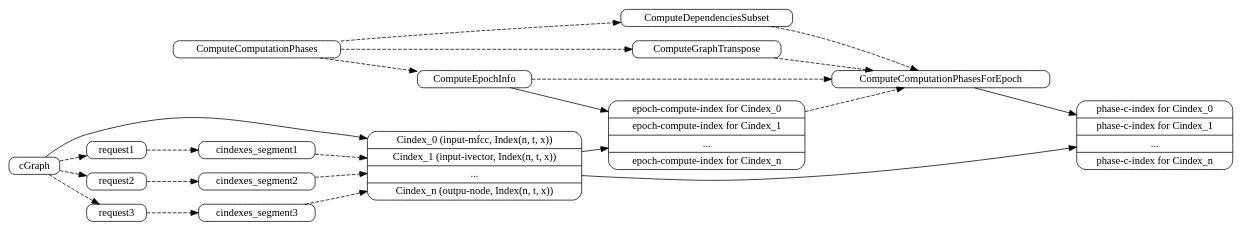
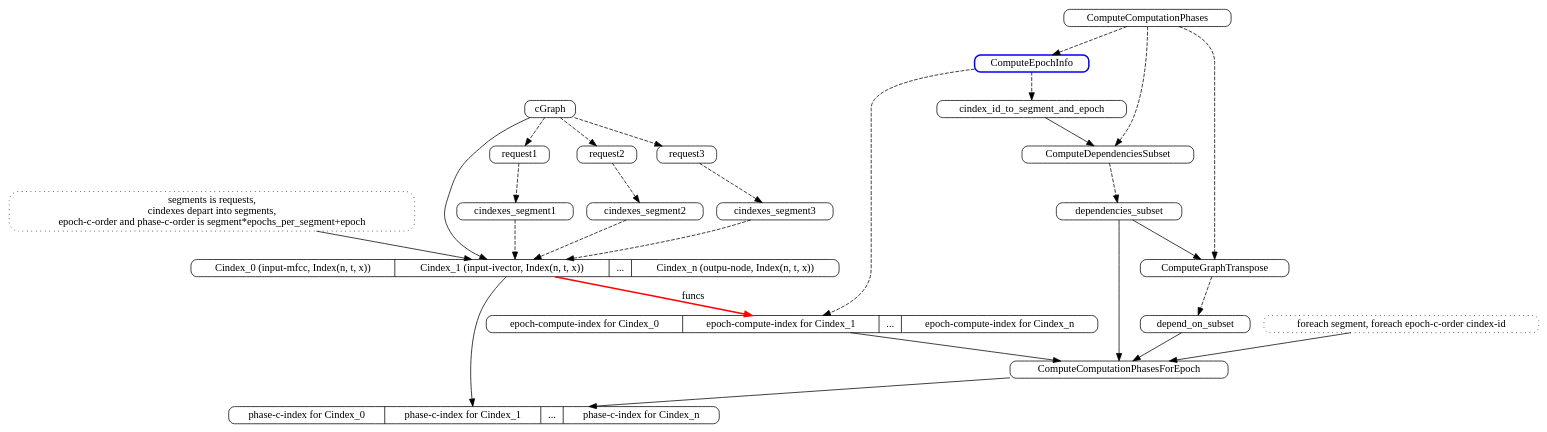
Before and after one commit to Nisoka/kaldi-orgs: the diagram in others/dot-graph/CreateComputation-part2-phases.dot, drawn with Graphviz. The commit also changed 4 other files, not shown here.

```diff
--- a/others/dot-graph/CreateComputation-part2-phases.dot
+++ b/others/dot-graph/CreateComputation-part2-phases.dot
@@ -1,43 +1,65 @@
 digraph ComputePhases{
         rankdir=LR
+        rankdir=TB        
         node[shape=Mrecord, width=.1, height=.1]
 
         subgraph computePhaseFunc{
                 edge[style=dashed]
                 edge[style=dotted]
                 edge[style=filled]
                 edge[style=dashed]
-                ComputeComputationPhases -> ComputeEpochInfo -> ComputeComputationPhasesForEpoch
-                ComputeComputationPhases -> ComputeDependenciesSubset -> ComputeComputationPhasesForEpoch
-                ComputeComputationPhases -> ComputeGraphTranspose -> ComputeComputationPhasesForEpoch
+
+                ComputeEpochInfo[color=blue, style=bold]
+                ComputeComputationPhases -> ComputeEpochInfo
+                
+                ComputeComputationPhases -> ComputeDependenciesSubset
+                ComputeComputationPhases -> ComputeGraphTranspose
         }
 
-        ComputeEpochInfo -> epoch
+        ComputeEpochInfo -> epoch[style=dashed]
+        ComputeEpochInfo -> cindex_id_to_segment_and_epoch[style=dashed]
+
+        
+
+
+
+        cindex_id_to_segment_and_epoch -> ComputeDependenciesSubset
+        ComputeDependenciesSubset -> dependencies_subset[style=dashed]        
+        dependencies_subset -> ComputeGraphTranspose
+        ComputeGraphTranspose -> depend_on_subset[style=dashed]        
+        dependencies_subset -> ComputeComputationPhasesForEpoch
+        depend_on_subset -> ComputeComputationPhasesForEpoch
+        epoch -> ComputeComputationPhasesForEpoch
+
+
+        phase_comment[style=dotted, label="foreach segment, foreach epoch-c-order cindex-id"]
+        phase_comment -> ComputeComputationPhasesForEpoch
         ComputeComputationPhasesForEpoch -> phase
-        epoch -> ComputeComputationPhasesForEpoch[style=dashed]
+
+
+
+        segment_comment[style=dotted, label="segments is requests,\n cindexes depart into segments,\n epoch-c-order and phase-c-order is segment*epochs_per_segment+epoch"]
+        segment_comment -> cindexes
 
 
         cGraph -> request1[style=dashed]
         cGraph -> request2[style=dashed]
         cGraph -> request3[style=dashed]
         cGraph -> cindexes
 
         request1 -> cindexes_segment1[style=dashed]
         request2 -> cindexes_segment2[style=dashed]
         request3 -> cindexes_segment3[style=dashed]
 
         cindexes_segment1 -> cindexes[style=dashed]
         cindexes_segment2 -> cindexes[style=dashed]
         cindexes_segment3 -> cindexes[style=dashed]
 
         cindexes[label="Cindex_0 (input-mfcc, Index(n, t, x)) | Cindex_1 (input-ivector, Index(n, t, x)) | ... |Cindex_n (outpu-node, Index(n, t, x))"]
 
-        cindexes -> epoch
+        cindexes -> epoch[label="funcs", color=red, style=bold]
         epoch[label="epoch-compute-index for Cindex_0 | epoch-compute-index for Cindex_1 | ... | epoch-compute-index for Cindex_n"]
         cindexes -> phase
         phase[label="phase-c-index for Cindex_0 | phase-c-index for Cindex_1 | ... | phase-c-index for Cindex_n"]
-
-
-
-        
+       
 }
```
